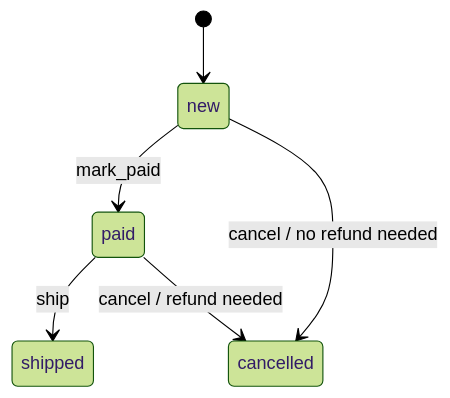
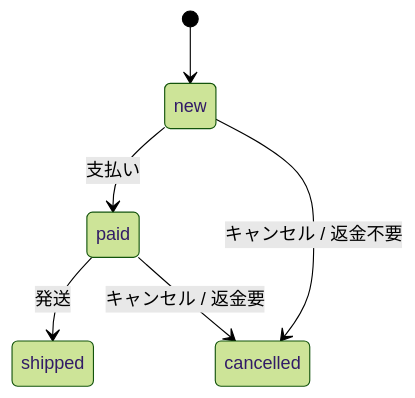
The diagram in examples/sample-explanation.md (meikocho1/code-atlas), drawn with Mermaid (forest theme) before and after one commit. The commit also changed other lines of this file and 13 other files, not shown here.

````diff
--- a/examples/sample-explanation.md
+++ b/examples/sample-explanation.md
@@ -17,8 +18,8 @@
 ```mermaid
 stateDiagram-v2
     [*] --> new
-    new --> paid: mark_paid
-    paid --> shipped: ship
-    new --> cancelled: cancel / no refund needed
-    paid --> cancelled: cancel / refund needed
+    new --> paid: 支払い
+    paid --> shipped: 発送
+    new --> cancelled: キャンセル / 返金不要
+    paid --> cancelled: キャンセル / 返金要
 ```
````
